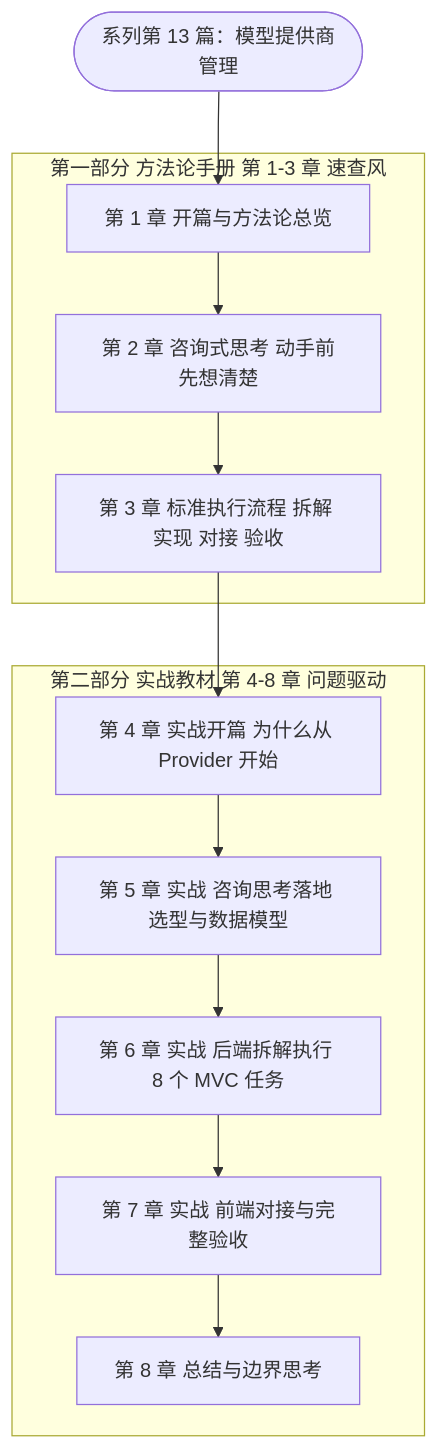
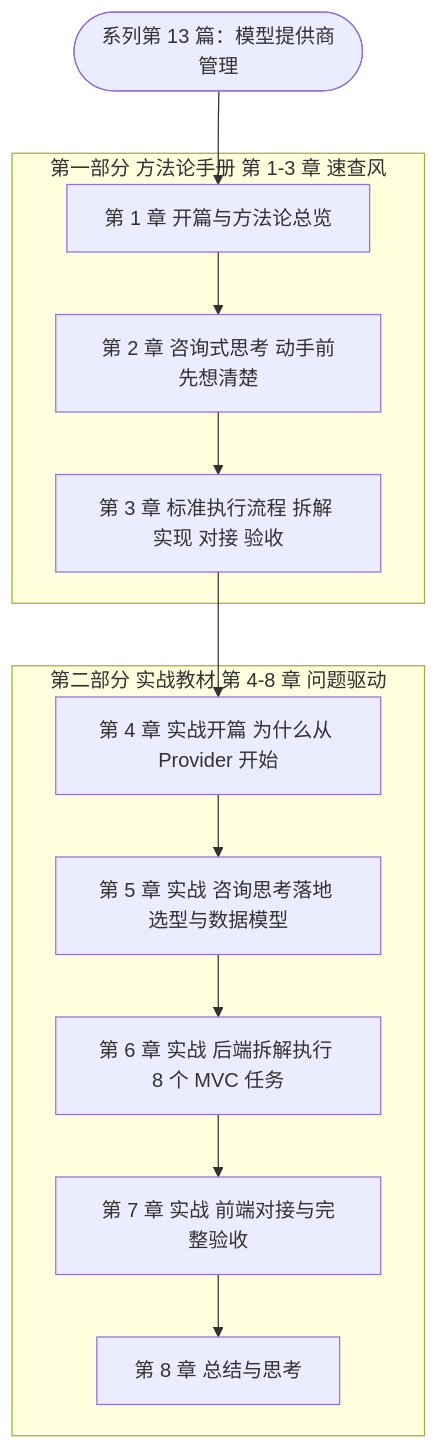
Before and after one commit to fangkun119/tech-page: the first of 4 diagrams in _posts/2026-07-01-aicent-13-fea-model-provider-mgr.md, drawn with Mermaid. The commit also changed other lines of this file and 1082 other files, not shown here.

````diff
--- a/_posts/2026-07-01-aicent-13-fea-model-provider-mgr.md
+++ b/_posts/2026-07-01-aicent-13-fea-model-provider-mgr.md
@@ -57,27 +57,27 @@
 ```mermaid
 graph TD
     Start([系列第 13 篇：模型提供商管理])
 
     subgraph P1[第一部分 方法论手册 第 1-3 章 速查风]
         C1[第 1 章 开篇与方法论总览]
         C2[第 2 章 咨询式思考 动手前先想清楚]
         C3[第 3 章 标准执行流程 拆解 实现 对接 验收]
     end
 
     subgraph P2[第二部分 实战教材 第 4-8 章 问题驱动]
         C4[第 4 章 实战开篇 为什么从 Provider 开始]
         C5[第 5 章 实战 咨询思考落地 选型与数据模型]
         C6[第 6 章 实战 后端拆解执行 8 个 MVC 任务]
         C7[第 7 章 实战 前端对接与完整验收]
-        C8[第 8 章 总结与边界思考]
+        C8[第 8 章 总结与思考]
     end
 
     Start --> C1
     C1 --> C2
     C2 --> C3
     C3 --> C4
     C4 --> C5
     C5 --> C6
     C6 --> C7
     C7 --> C8
 ```
````
